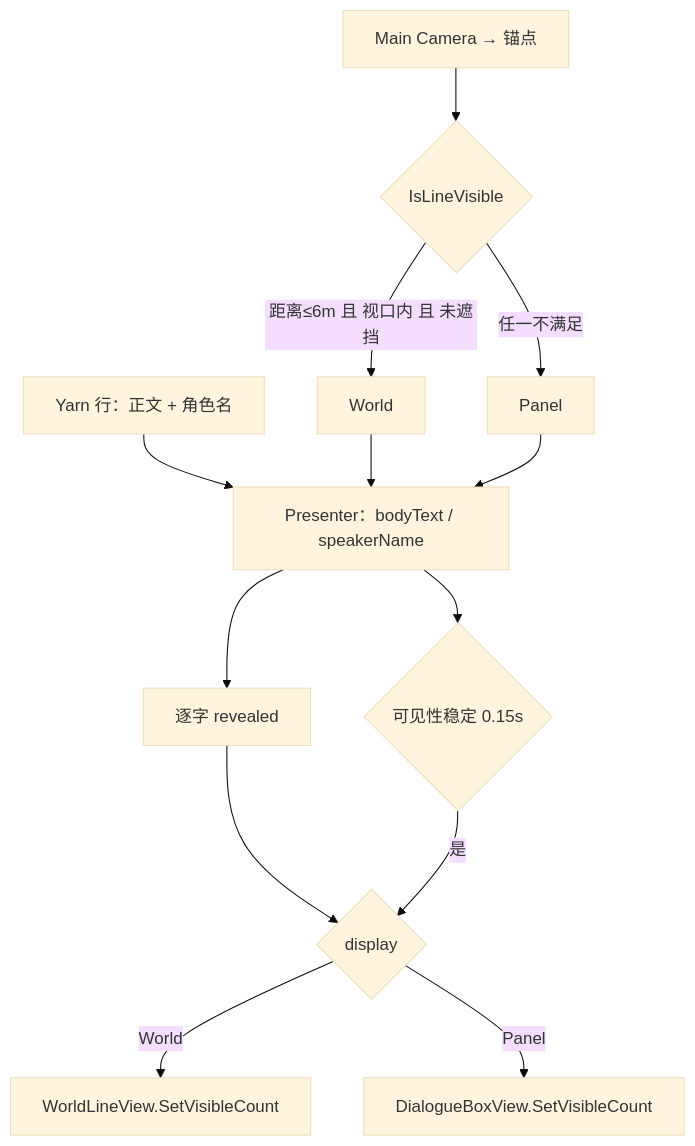
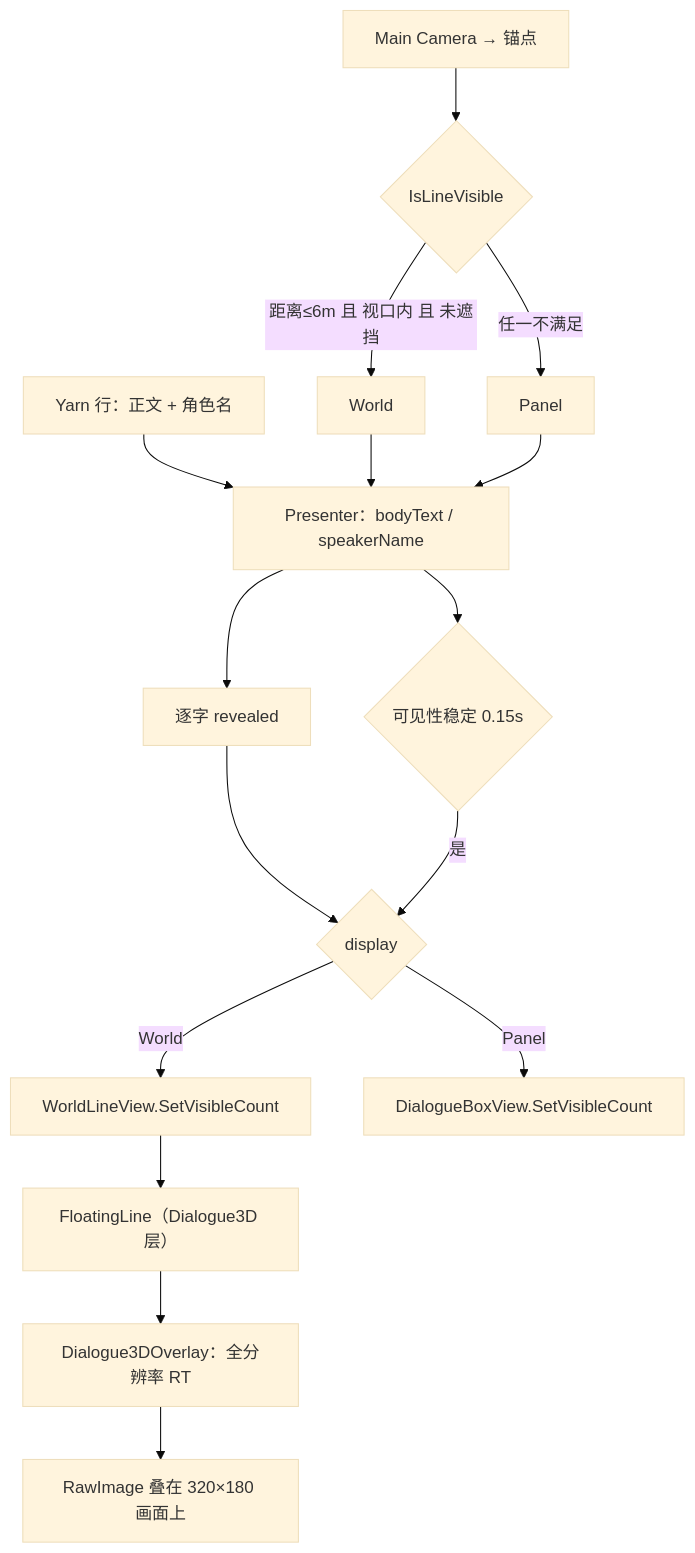
Before and after one commit to Yumihoshi/MakeYourChoice: the second of 3 diagrams in docs/superpowers/plans/2026-11-14-floating-3d-dialogue.md, drawn with Mermaid (base theme). The commit also changed other lines of this file and 8 other files, not shown here.

````diff
--- a/docs/superpowers/plans/2026-11-14-floating-3d-dialogue.md
+++ b/docs/superpowers/plans/2026-11-14-floating-3d-dialogue.md
@@ -92,15 +97,18 @@
 ```mermaid
 flowchart TD
     Y["Yarn 行：正文 + 角色名"] --> P["Presenter：bodyText / speakerName"]
     P --> PR["逐字 revealed"]
     PR --> N{"display"}
     N -->|World| W["WorldLineView.SetVisibleCount"]
+    W --> F3["FloatingLine（Dialogue3D 层）"]
+    F3 --> O3["Dialogue3DOverlay：全分辨率 RT"]
+    O3 --> IMG3["RawImage 叠在 320×180 画面上"]
     N -->|Panel| B["DialogueBoxView.SetVisibleCount"]
     CAM["Main Camera → 锚点"] --> V{"IsLineVisible"}
     V -->|距离≤6m 且 视口内 且 未遮挡| World["World"]
     V -->|任一不满足| Panel["Panel"]
     World --> P
     Panel --> P
     P --> DEB{"可见性稳定 0.15s"}
     DEB -->|是| N
 ```
````
